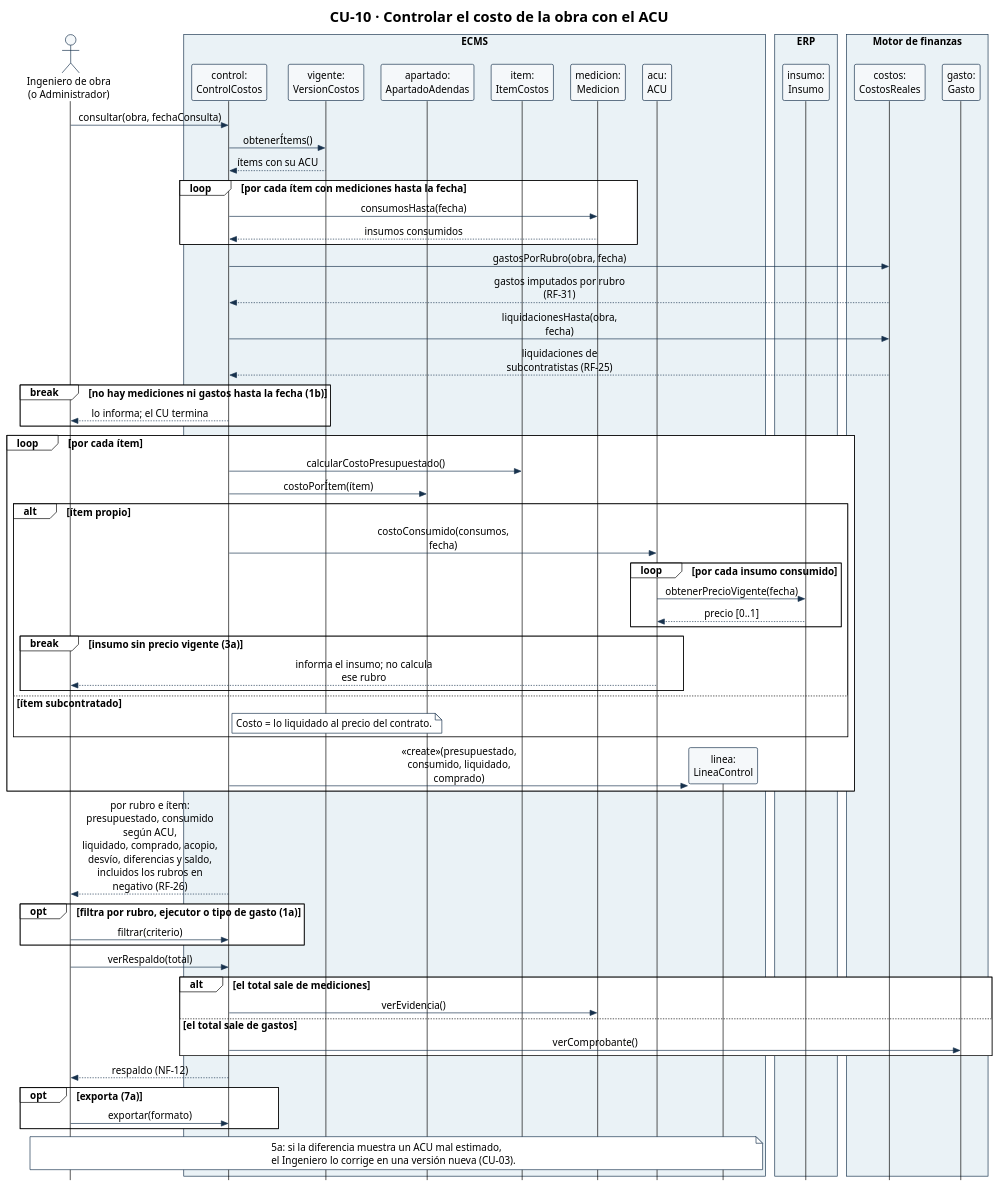
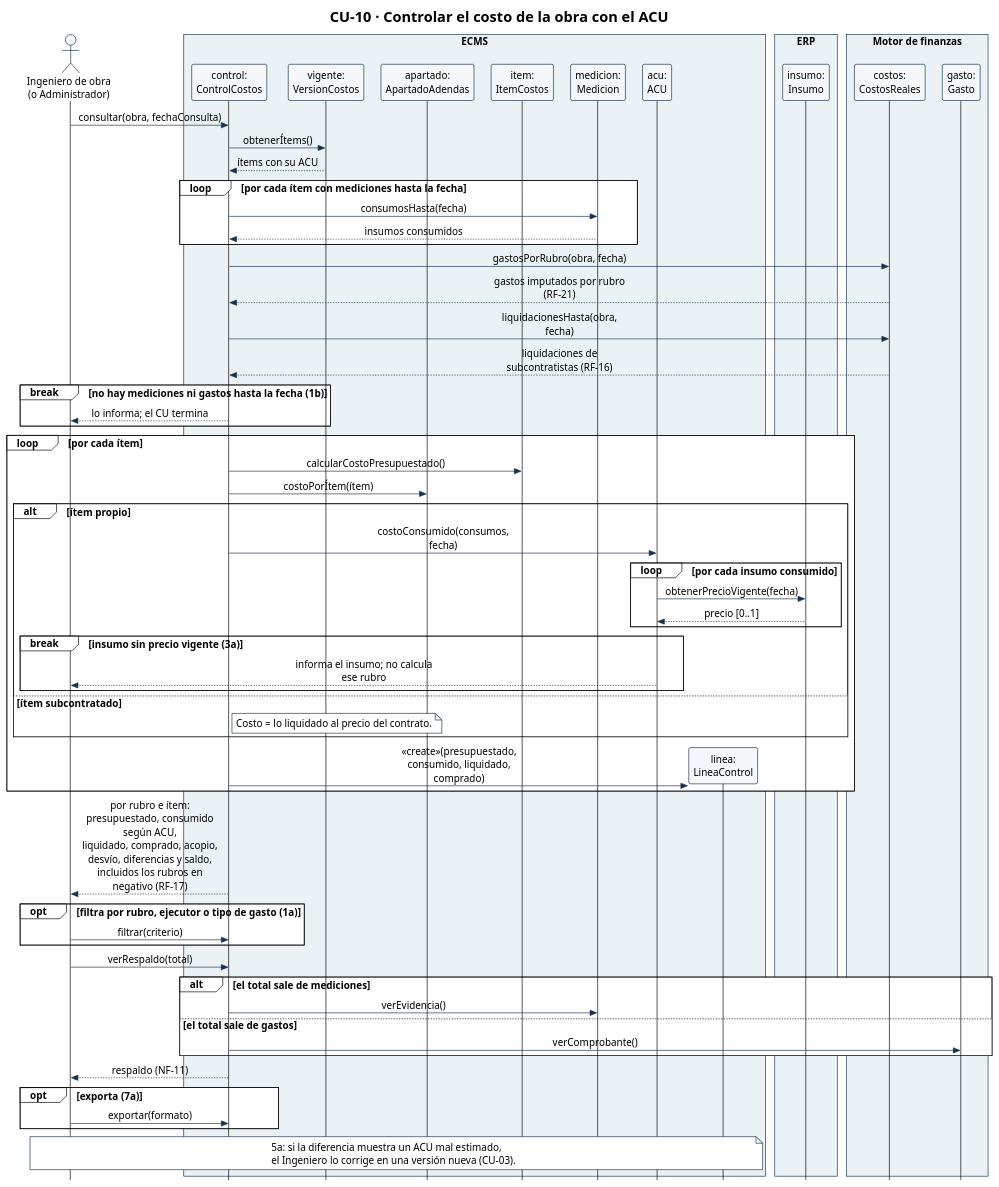
The diagram in diagramas/CU-10-secuencia.puml (Ssrrb/tpf-uca), drawn with PlantUML before and after one commit. The commit also changed 43 other files, not shown here.

```diff
--- a/diagramas/CU-10-secuencia.puml
+++ b/diagramas/CU-10-secuencia.puml
@@ -1,95 +1,95 @@
 @startuml
 !theme plain
 skinparam style strictuml
 skinparam shadowing false
 skinparam defaultFontName Arial
 skinparam defaultFontSize 15
 skinparam sequenceMessageAlign center
 skinparam maxMessageSize 220
 skinparam ParticipantPadding 8
 skinparam BoxPadding 6
 skinparam ParticipantBackgroundColor #F5F8FA
 skinparam ParticipantBorderColor #17324D
 skinparam ActorBorderColor #17324D
 skinparam ActorBackgroundColor #F5F8FA
 skinparam ArrowColor #17324D
 skinparam SequenceBoxBorderColor #17324D
 skinparam note {
   BackgroundColor #FFFFFF
   BorderColor #17324D
 }
 hide footbox
 title CU-10 · Controlar el costo de la obra con el ACU
 actor "Ingeniero de obra\n(o Administrador)" as Ing
 box "ECMS" #EAF2F6
 participant "control:\nControlCostos" as Ctrl
 participant "vigente:\nVersionCostos" as VC
 participant "apartado:\nApartadoAdendas" as Apa
 participant "item:\nItemCostos" as Item
 participant "medicion:\nMedicion" as Med
 participant "acu:\nACU" as Acu
 participant "linea:\nLineaControl" as Lin
 end box
 box "ERP" #EAF2F6
 participant "insumo:\nInsumo" as Ins
 end box
 box "Motor de finanzas" #EAF2F6
 participant "costos:\nCostosReales" as CR
 participant "gasto:\nGasto" as G
 end box
 
 Ing -> Ctrl: consultar(obra, fechaConsulta)
 Ctrl -> VC: obtenerÍtems()
 VC --> Ctrl: ítems con su ACU
 loop por cada ítem con mediciones hasta la fecha
   Ctrl -> Med: consumosHasta(fecha)
   Med --> Ctrl: insumos consumidos
 end
 Ctrl -> CR: gastosPorRubro(obra, fecha)
-CR --> Ctrl: gastos imputados por rubro (RF-31)
+CR --> Ctrl: gastos imputados por rubro (RF-21)
 Ctrl -> CR: liquidacionesHasta(obra, fecha)
-CR --> Ctrl: liquidaciones de subcontratistas (RF-25)
+CR --> Ctrl: liquidaciones de subcontratistas (RF-16)
 break no hay mediciones ni gastos hasta la fecha (1b)
   Ctrl --> Ing: lo informa; el CU termina
 end
 
 loop por cada ítem
   Ctrl -> Item: calcularCostoPresupuestado()
   Ctrl -> Apa: costoPorÍtem(ítem)
   alt ítem propio
     Ctrl -> Acu: costoConsumido(consumos, fecha)
     loop por cada insumo consumido
       Acu -> Ins: obtenerPrecioVigente(fecha)
       Ins --> Acu: precio [0..1]
     end
     break insumo sin precio vigente (3a)
       Acu --> Ing: informa el insumo; no calcula ese rubro
     end
   else ítem subcontratado
     note right of Ctrl
       Costo = lo liquidado al precio del contrato.
     end note
   end
   create Lin
   Ctrl -> Lin: «create»(presupuestado, consumido, liquidado, comprado)
 end
-Ctrl --> Ing: por rubro e ítem: presupuestado, consumido según ACU,\nliquidado, comprado, acopio, desvío, diferencias y saldo,\nincluidos los rubros en negativo (RF-26)
+Ctrl --> Ing: por rubro e ítem: presupuestado, consumido según ACU,\nliquidado, comprado, acopio, desvío, diferencias y saldo,\nincluidos los rubros en negativo (RF-17)
 
 opt filtra por rubro, ejecutor o tipo de gasto (1a)
   Ing -> Ctrl: filtrar(criterio)
 end
 Ing -> Ctrl: verRespaldo(total)
 alt el total sale de mediciones
   Ctrl -> Med: verEvidencia()
 else el total sale de gastos
   Ctrl -> G: verComprobante()
 end
-Ctrl --> Ing: respaldo (NF-12)
+Ctrl --> Ing: respaldo (NF-11)
 opt exporta (7a)
   Ing -> Ctrl: exportar(formato)
 end
 note over Ing, Lin
   5a: si la diferencia muestra un ACU mal estimado,
   el Ingeniero lo corrige en una versión nueva (CU-03).
 end note
 @enduml
```
